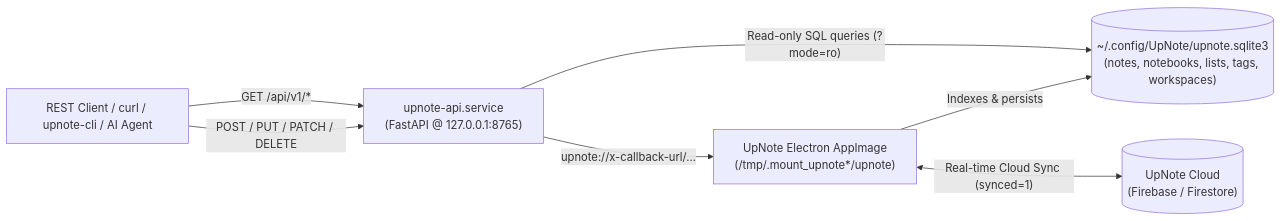
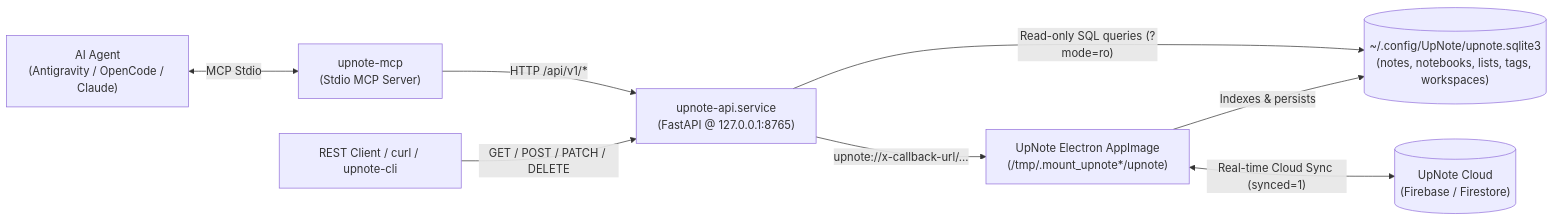
Before and after one commit to russellmilliner/upnote-api: the diagram in README.md, drawn with Mermaid. The commit also changed other lines of this file and 5 other files, not shown here.

Commit message:
feat(mcp): add native Model Context Protocol server (upnote-mcp) and bump to v0.2.0

````diff
--- a/README.md
+++ b/README.md
@@ -33,15 +35,18 @@
 ```mermaid
 flowchart LR
-    Client["REST Client / curl / upnote-cli / AI Agent"]
+    Agent["AI Agent<br/>(Antigravity / OpenCode / Claude)"]
+    MCP["upnote-mcp<br/>(Stdio MCP Server)"]
+    CLI["REST Client / curl / upnote-cli"]
     API["upnote-api.service<br/>(FastAPI @ 127.0.0.1:8765)"]
     SQLite[("~/.config/UpNote/upnote.sqlite3<br/>(notes, notebooks, lists, tags, workspaces)")]
     Electron["UpNote Electron AppImage<br/>(/tmp/.mount_upnote*/upnote)"]
     Cloud[("UpNote Cloud<br/>(Firebase / Firestore)")]
 
-    Client -->|"GET /api/v1/*"| API
-    Client -->|"POST / PUT / PATCH / DELETE"| API
+    Agent <-->|"MCP Stdio"| MCP
+    MCP -->|"HTTP /api/v1/*"| API
+    CLI -->|"GET / POST / PATCH / DELETE"| API
     API -->|"Read-only SQL queries (?mode=ro)"| SQLite
     API -->|"upnote://x-callback-url/..."| Electron
     Electron -->|"Indexes & persists"| SQLite
     Electron <-->|"Real-time Cloud Sync (synced=1)"| Cloud
 ```
````
